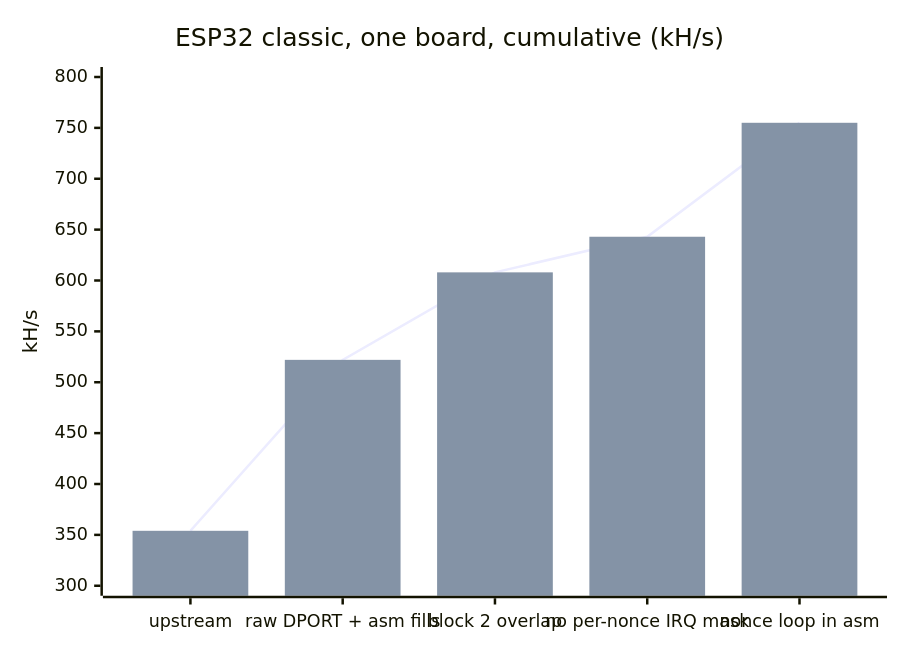
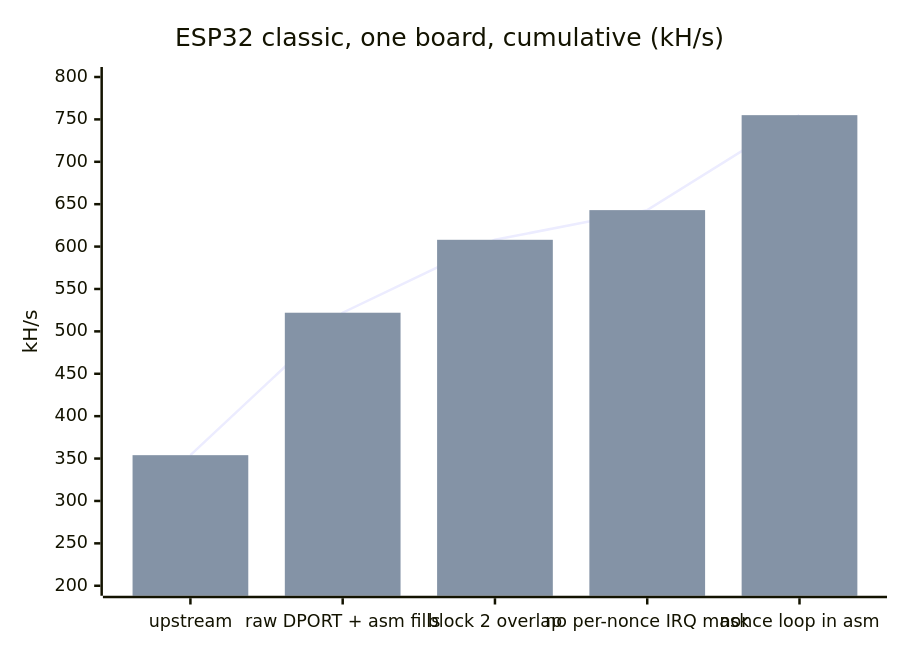
Before and after one commit to Gheop/NerdMiner_v2: the first of 2 diagrams in README.md, drawn with Mermaid. The commit also changed other lines of this file, not shown here.

````diff
--- a/README.md
+++ b/README.md
@@ -20,8 +20,8 @@
 ```mermaid
 xychart-beta
     title "ESP32 classic, one board, cumulative (kH/s)"
     x-axis ["upstream", "raw DPORT + asm fills", "block 2 overlap", "no per-nonce IRQ mask", "nonce loop in asm"]
-    y-axis "kH/s" 300 --> 800
+    y-axis "kH/s" 200 --> 800
     line [354, 522, 608, 643, 755]
     bar [354, 522, 608, 643, 755]
 ```
````
